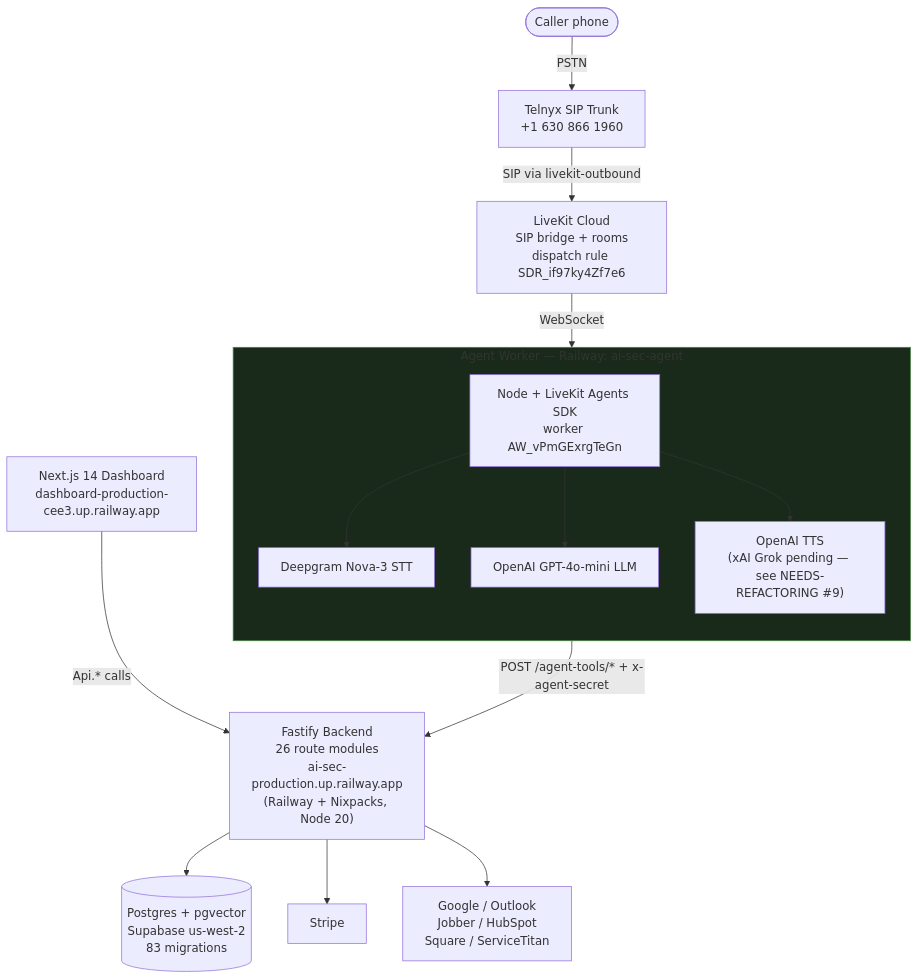
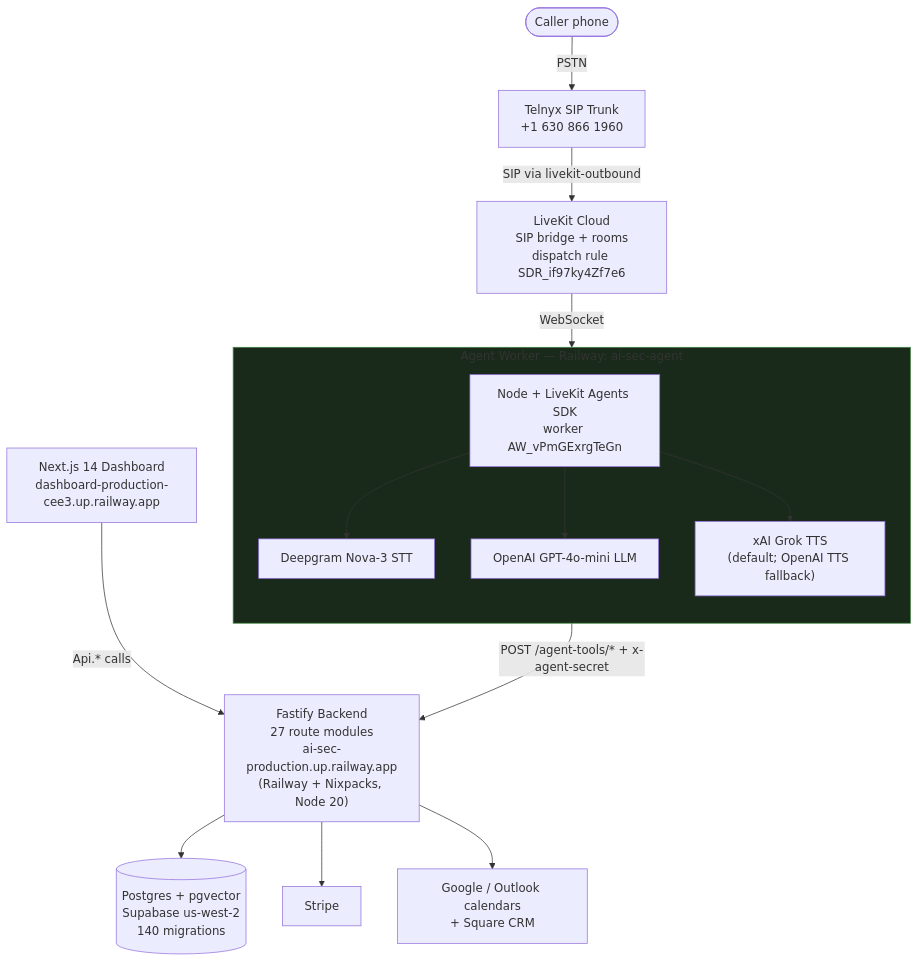
The first of 11 diagrams in docs/DIAGRAMS.md (ddemott/ai-sec), drawn with Mermaid before and after one commit. The commit also changed other lines of this file and 21 other files, not shown here.

````diff
--- a/docs/DIAGRAMS.md
+++ b/docs/DIAGRAMS.md
@@ -27,37 +27,37 @@
 ```mermaid
 flowchart TB
   Caller([Caller phone])
   Telnyx["Telnyx SIP Trunk<br/>+1 630 866 1960"]
   Caller -->|PSTN| Telnyx
 
   LiveKit["LiveKit Cloud<br/>SIP bridge + rooms<br/>dispatch rule SDR_if97ky4Zf7e6"]
   Telnyx -->|SIP via livekit-outbound| LiveKit
 
   subgraph agentBox["Agent Worker — Railway: ai-sec-agent"]
     direction TB
     Agent["Node + LiveKit Agents SDK<br/>worker AW_vPmGExrgTeGn"]
     DG["Deepgram Nova-3 STT"]
     OAI["OpenAI GPT-4o-mini LLM"]
-    TTS["OpenAI TTS<br/>(xAI Grok pending — see NEEDS-REFACTORING #9)"]
+    TTS["xAI Grok TTS<br/>(default; OpenAI TTS fallback)"]
     Agent --> DG
     Agent --> OAI
     Agent --> TTS
   end
 
   LiveKit -->|WebSocket| Agent
 
-  Fastify["Fastify Backend<br/>26 route modules<br/>ai-sec-production.up.railway.app<br/>(Railway + Nixpacks, Node 20)"]
+  Fastify["Fastify Backend<br/>27 route modules<br/>ai-sec-production.up.railway.app<br/>(Railway + Nixpacks, Node 20)"]
   Agent -->|POST /agent-tools/* + x-agent-secret| Fastify
 
-  Postgres[("Postgres + pgvector<br/>Supabase us-west-2<br/>83 migrations")]
+  Postgres[("Postgres + pgvector<br/>Supabase us-west-2<br/>140 migrations")]
   Stripe["Stripe"]
-  Integrations["Google / Outlook<br/>Jobber / HubSpot<br/>Square / ServiceTitan"]
+  Integrations["Google / Outlook calendars<br/>+ Square CRM"]
   Dashboard["Next.js 14 Dashboard<br/>dashboard-production-cee3.up.railway.app"]
 
   Fastify --> Postgres
   Fastify --> Stripe
   Fastify --> Integrations
   Dashboard -->|Api.* calls| Fastify
 
   style agentBox fill:#1a2a1a,stroke:#484
 ```
````
